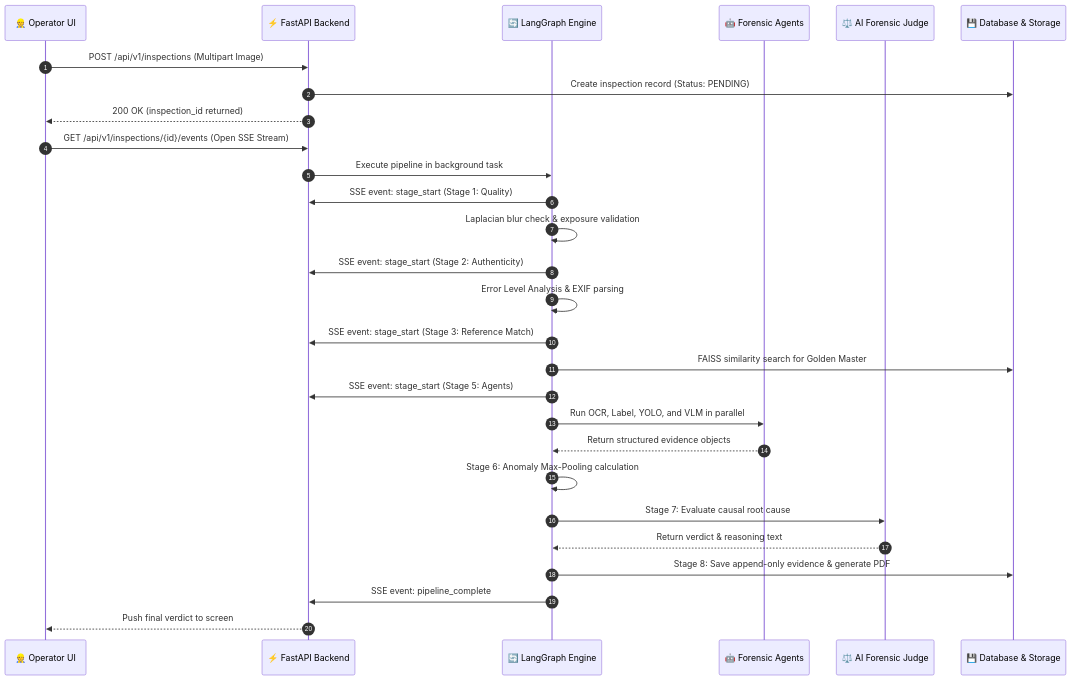
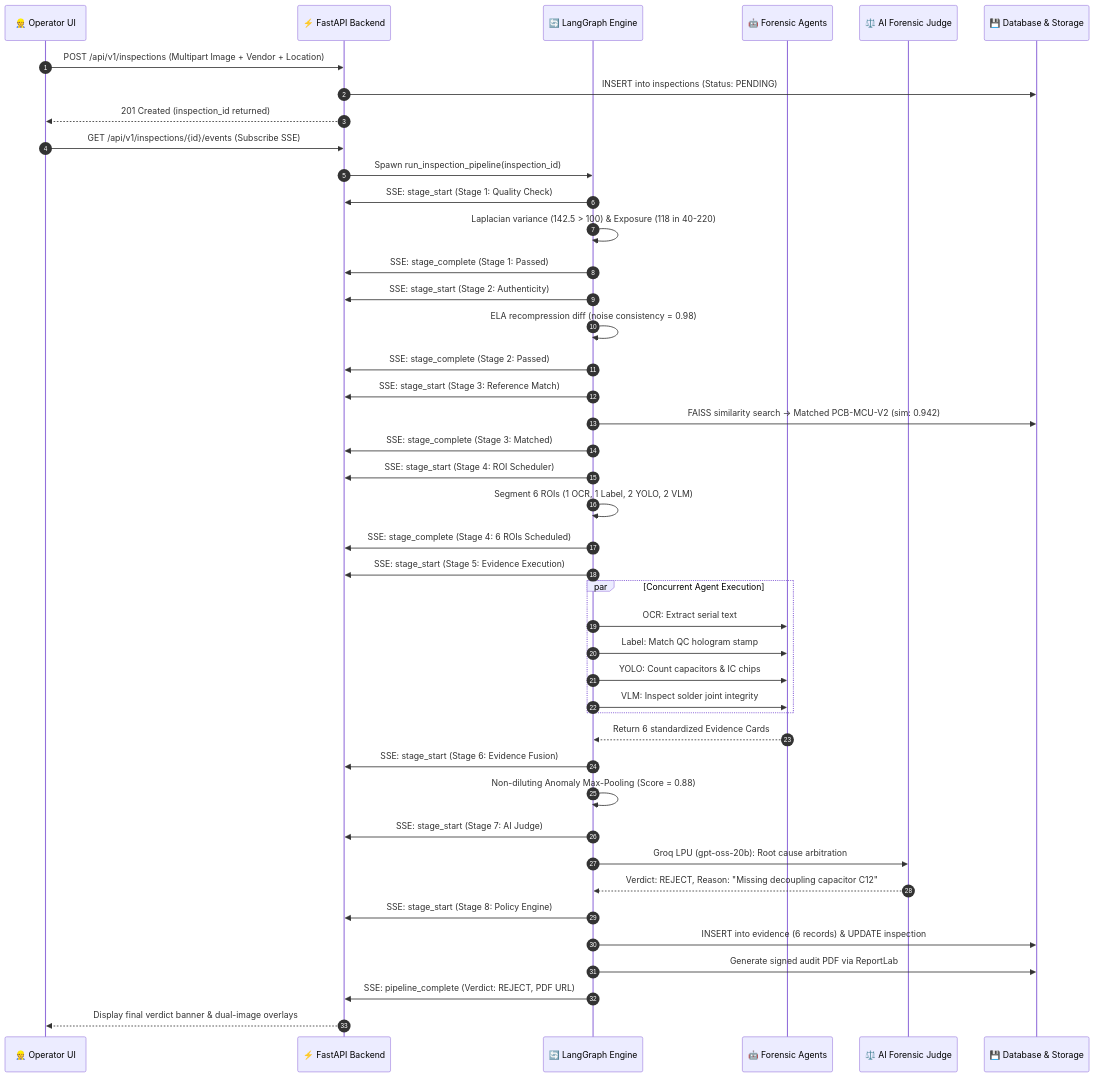
Before and after one commit to Disha-1610/VisionForge: the fourth of 5 diagrams in docs/ARCHITECTURE.md, drawn with Mermaid. The commit also changed other lines of this file and 12 other files, not shown here.

Commit message:
docs: upgrade full documentation suite with technical depth, story arcs, engineering decisions, and Mermaid diagrams

````diff
--- a/docs/ARCHITECTURE.md
+++ b/docs/ARCHITECTURE.md
@@ -187,39 +304,55 @@
 ```mermaid
 sequenceDiagram
     autonumber
     participant Op as 👷 Operator UI
     participant API as ⚡ FastAPI Backend
     participant Graph as 🔄 LangGraph Engine
     participant Swarm as 🤖 Forensic Agents
     participant Judge as ⚖️ AI Forensic Judge
     participant DB as 💾 Database & Storage
 
-    Op->>API: POST /api/v1/inspections (Multipart Image)
-    API->>DB: Create inspection record (Status: PENDING)
-    API-->>Op: 200 OK (inspection_id returned)
-    
-    Op->>API: GET /api/v1/inspections/{id}/events (Open SSE Stream)
-    API->>Graph: Execute pipeline in background task
+    Op->>API: POST /api/v1/inspections (Multipart Image + Vendor + Location)
+    API->>DB: INSERT into inspections (Status: PENDING)
+    API-->>Op: 201 Created (inspection_id returned)
 
-    Graph->>API: SSE event: stage_start (Stage 1: Quality)
-    Graph->>Graph: Laplacian blur check & exposure validation
-    
-    Graph->>API: SSE event: stage_start (Stage 2: Authenticity)
-    Graph->>Graph: Error Level Analysis & EXIF parsing
-    
-    Graph->>API: SSE event: stage_start (Stage 3: Reference Match)
-    Graph->>DB: FAISS similarity search for Golden Master
-    
-    Graph->>API: SSE event: stage_start (Stage 5: Agents)
-    Graph->>Swarm: Run OCR, Label, YOLO, and VLM in parallel
-    Swarm-->>Graph: Return structured evidence objects
-    
-    Graph->>Graph: Stage 6: Anomaly Max-Pooling calculation
-    
-    Graph->>Judge: Stage 7: Evaluate causal root cause
-    Judge-->>Graph: Return verdict & reasoning text
-    
-    Graph->>DB: Stage 8: Save append-only evidence & generate PDF
-    Graph->>API: SSE event: pipeline_complete
-    API-->>Op: Push final verdict to screen
+    Op->>API: GET /api/v1/inspections/{id}/events (Subscribe SSE)
+    API->>Graph: Spawn run_inspection_pipeline(inspection_id)
+
+    Graph->>API: SSE: stage_start (Stage 1: Quality Check)
+    Graph->>Graph: Laplacian variance (142.5 > 100) & Exposure (118 in 40-220)
+    Graph->>API: SSE: stage_complete (Stage 1: Passed)
+
+    Graph->>API: SSE: stage_start (Stage 2: Authenticity)
+    Graph->>Graph: ELA recompression diff (noise consistency = 0.98)
+    Graph->>API: SSE: stage_complete (Stage 2: Passed)
+
+    Graph->>API: SSE: stage_start (Stage 3: Reference Match)
+    Graph->>DB: FAISS similarity search -> Matched PCB-MCU-V2 (sim: 0.942)
+    Graph->>API: SSE: stage_complete (Stage 3: Matched)
+
+    Graph->>API: SSE: stage_start (Stage 4: ROI Scheduler)
+    Graph->>Graph: Segment 6 ROIs (1 OCR, 1 Label, 2 YOLO, 2 VLM)
+    Graph->>API: SSE: stage_complete (Stage 4: 6 ROIs Scheduled)
+
+    Graph->>API: SSE: stage_start (Stage 5: Evidence Execution)
+    par Concurrent Agent Execution
+        Graph->>Swarm: OCR: Extract serial text
+        Graph->>Swarm: Label: Match QC hologram stamp
+        Graph->>Swarm: YOLO: Count capacitors & IC chips
+        Graph->>Swarm: VLM: Inspect solder joint integrity
+    end
+    Swarm-->>Graph: Return 6 standardized Evidence Cards
+
+    Graph->>API: SSE: stage_start (Stage 6: Evidence Fusion)
+    Graph->>Graph: Non-diluting Anomaly Max-Pooling (Score = 0.88)
+
+    Graph->>API: SSE: stage_start (Stage 7: AI Judge)
+    Graph->>Judge: Groq LPU (gpt-oss-20b): Root cause arbitration
+    Judge-->>Graph: Verdict: REJECT, Reason: "Missing decoupling capacitor C12"
+
+    Graph->>API: SSE: stage_start (Stage 8: Policy Engine)
+    Graph->>DB: INSERT into evidence (6 records) & UPDATE inspection
+    Graph->>DB: Generate signed audit PDF via ReportLab
+    Graph->>API: SSE: pipeline_complete (Verdict: REJECT, PDF URL)
+    API-->>Op: Display final verdict banner & dual-image overlays
 ```
````
